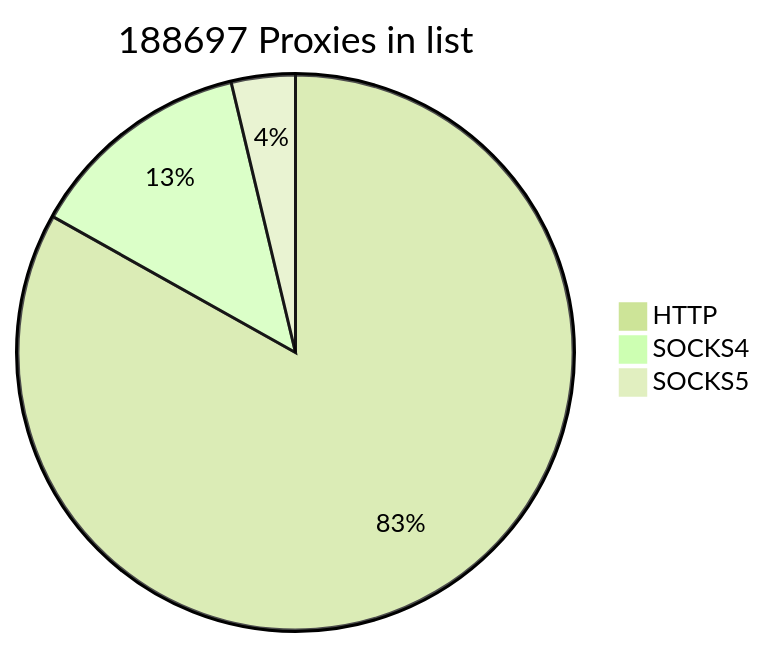
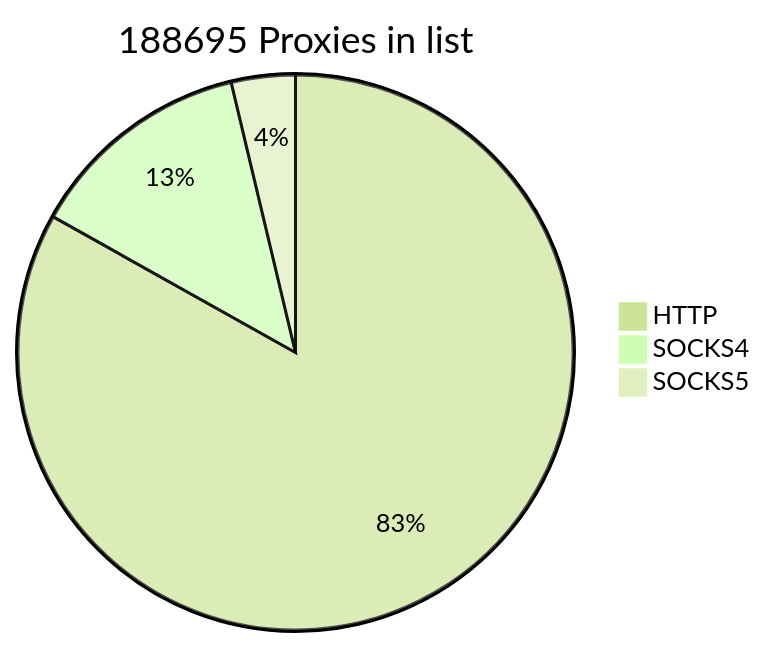
Before and after one commit to cutipu/proxylist: the first of 2 diagrams in README.md, drawn with Mermaid (forest theme). The commit also changed other lines of this file, not shown here.

````diff
--- a/README.md
+++ b/README.md
@@ -2,7 +2,7 @@
 ```mermaid
-pie title 188697 Proxies in list
-    "HTTP" : 156857
-    "SOCKS4" : 24821
-    "SOCKS5" : 7019
+pie title 188695 Proxies in list
+    "HTTP" : 156856
+    "SOCKS4" : 24819
+    "SOCKS5" : 7020
             
 ```
````
